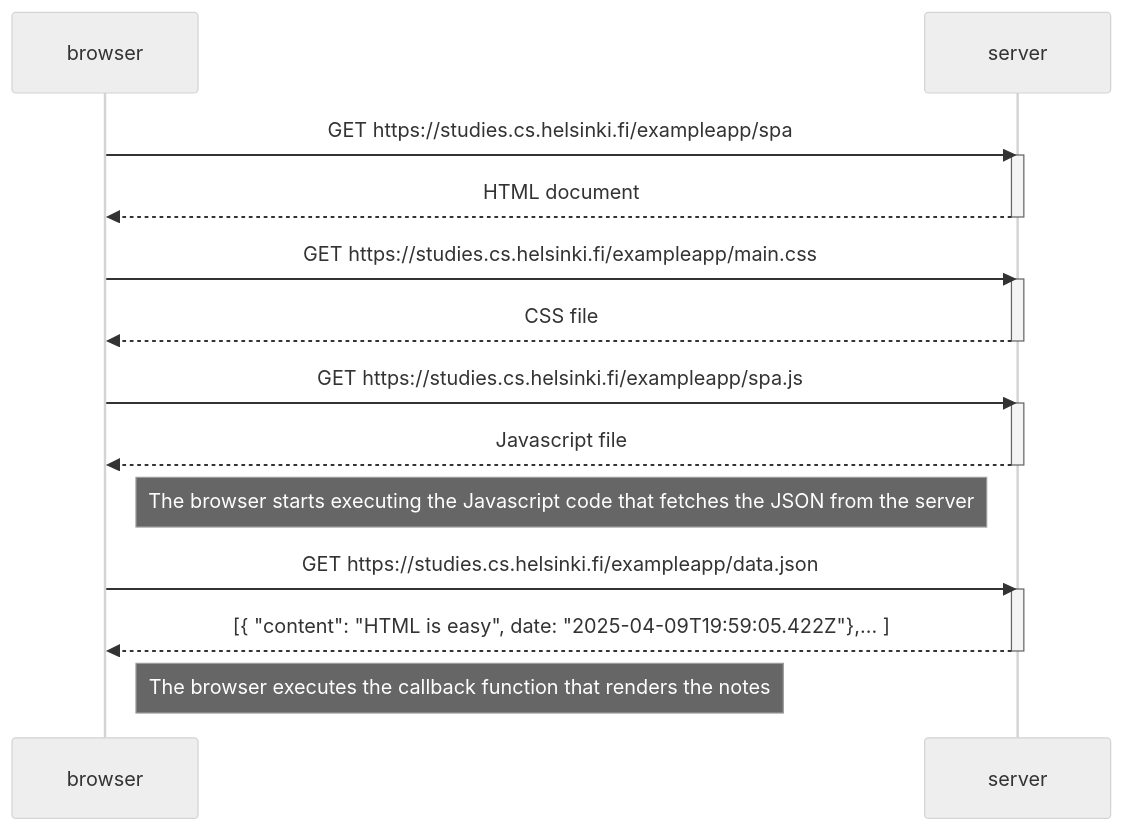
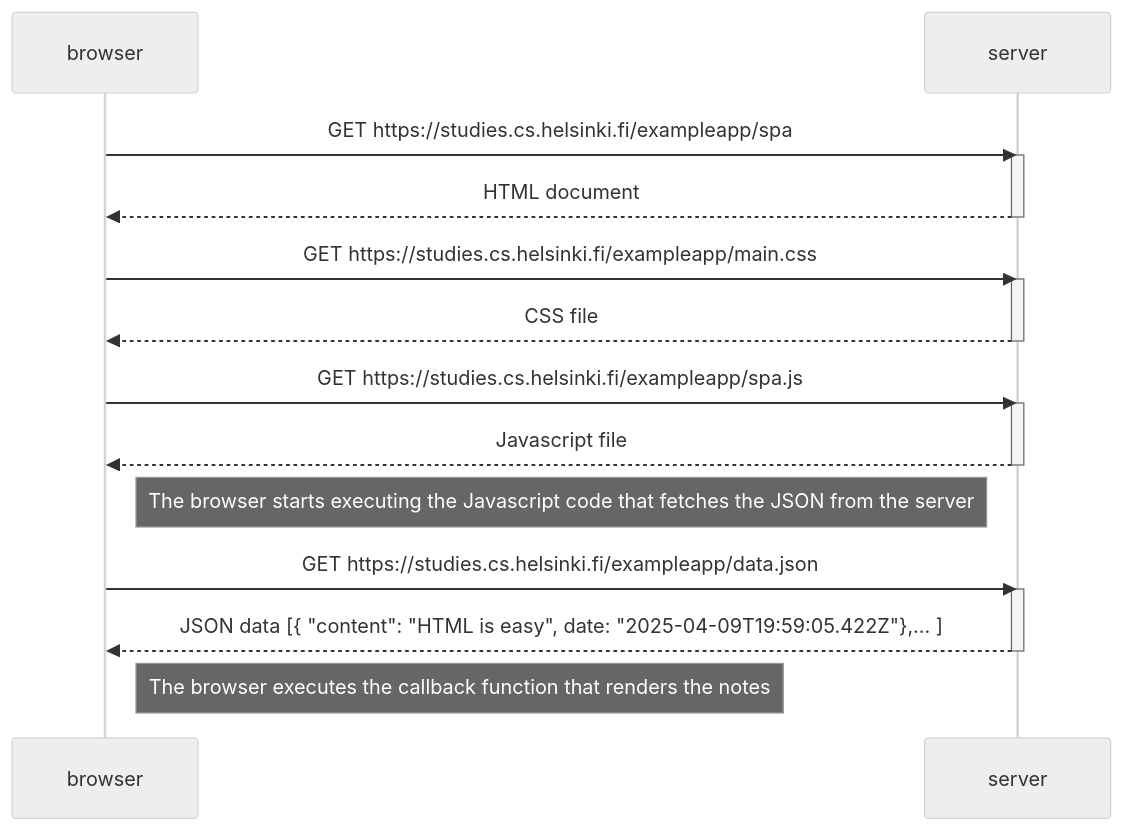
Before and after one commit to shonaloujacks/full-stack-open-university-helsinki: the diagram in part0/single-page-app-diagram.md, drawn with Mermaid (neutral theme). The commit also changed 2 other files, not shown here.

Commit message:
diagram for creating a new note on a single page app added

````diff
--- a/part0/single-page-app-diagram.md
+++ b/part0/single-page-app-diagram.md
@@ -1,31 +1,31 @@
 ```mermaid
 sequenceDiagram
 participant browser
 participant server
 
     browser->>server: GET https://studies.cs.helsinki.fi/exampleapp/spa
     activate server
     server-->>browser: HTML document
     deactivate server
 
     browser->>server: GET https://studies.cs.helsinki.fi/exampleapp/main.css
     activate server
     server-->>browser: CSS file
     deactivate server
 
     browser->>server: GET https://studies.cs.helsinki.fi/exampleapp/spa.js
     activate server
     server-->>browser: Javascript file
     deactivate server
 
     Note right of browser: The browser starts executing the Javascript code that fetches the JSON from the server
 
     browser->>server: GET https://studies.cs.helsinki.fi/exampleapp/data.json
     activate server
-    server-->>browser: [{ "content": "HTML is easy", date: "2025-04-09T19:59:05.422Z"},... ]
+    server-->>browser: JSON data [{ "content": "HTML is easy", date: "2025-04-09T19:59:05.422Z"},... ]
     deactivate server
 
     Note right of browser: The browser executes the callback function that renders the notes
 
 
 ```
````
